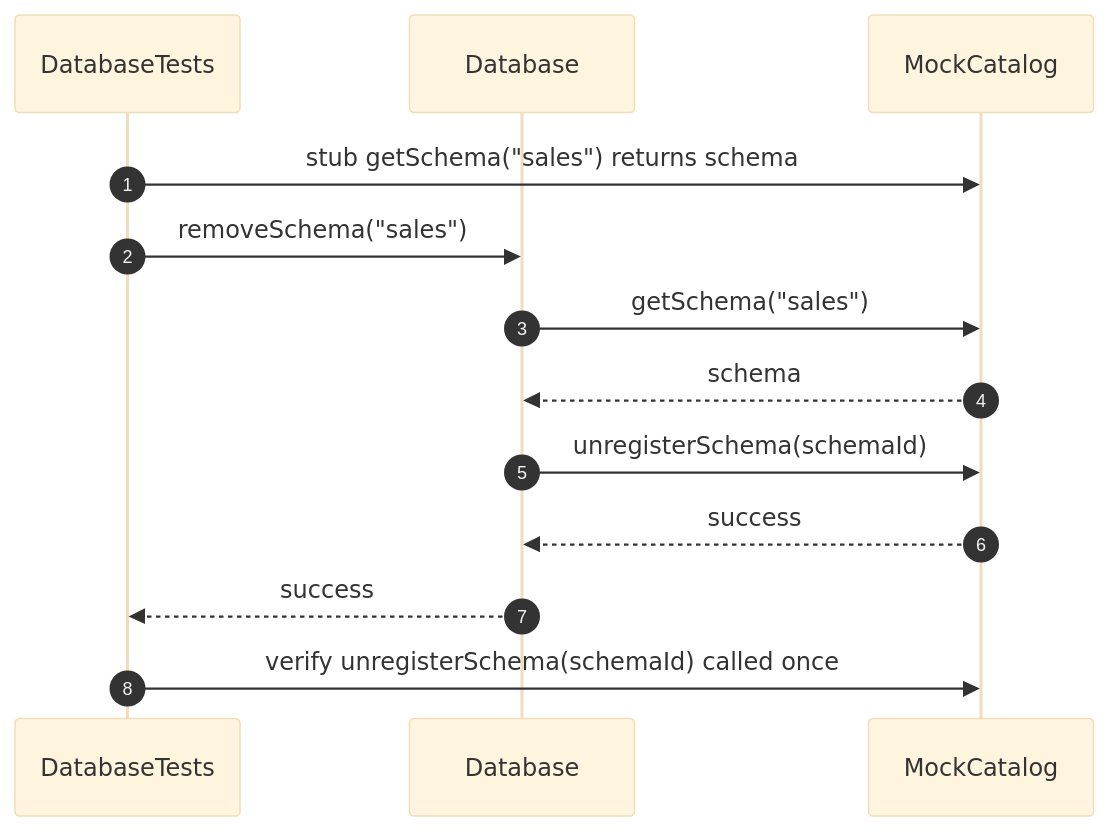
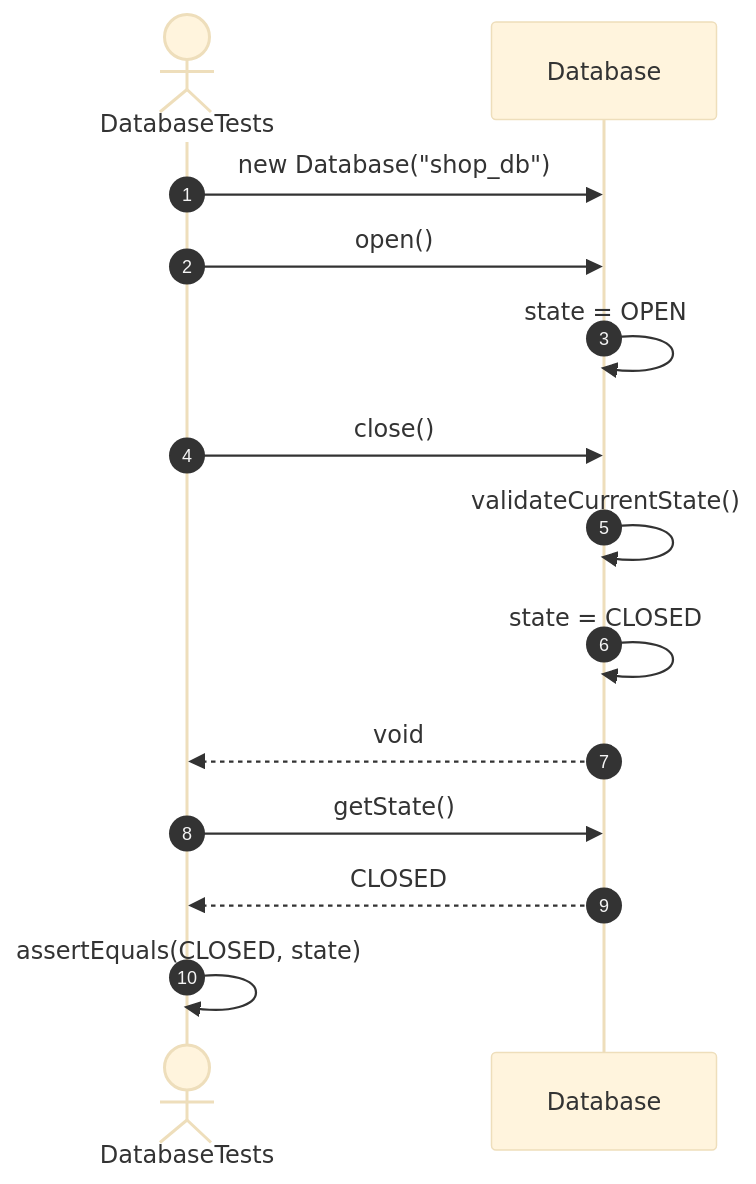
Before and after one commit to FhuAnn/-bbv-AN-s-DBMS: the tenth of 41 diagrams in src/tests/unit/database/sequences/database-testing.se.md, drawn with Mermaid (base theme). The commit also changed other lines of this file and 60 other files, not shown here.

````diff
--- a/src/tests/unit/database/sequences/database-testing.se.md
+++ b/src/tests/unit/database/sequences/database-testing.se.md
@@ -236,21 +251,21 @@
 ```mermaid
 sequenceDiagram
     autonumber
 
-    participant Test as DatabaseTests
-    participant Database
-    participant Catalog as MockCatalog
+    actor Test as DatabaseTests
+    participant DB as Database
 
-    Test->>Catalog: stub getSchema("sales") returns schema
-    Test->>Database: removeSchema("sales")
+    Test->>DB: new Database("shop_db")
+    Test->>DB: open()
+    DB->>DB: state = OPEN
 
-    Database->>Catalog: getSchema("sales")
-    Catalog-->>Database: schema
+    Test->>DB: close()
+    DB->>DB: validateCurrentState()
+    DB->>DB: state = CLOSED
+    DB-->>Test: void
 
-    Database->>Catalog: unregisterSchema(schemaId)
-    Catalog-->>Database: success
+    Test->>DB: getState()
+    DB-->>Test: CLOSED
 
-    Database-->>Test: success
-
-    Test->>Catalog: verify unregisterSchema(schemaId) called once
+    Test->>Test: assertEquals(CLOSED, state)
 ```
````
